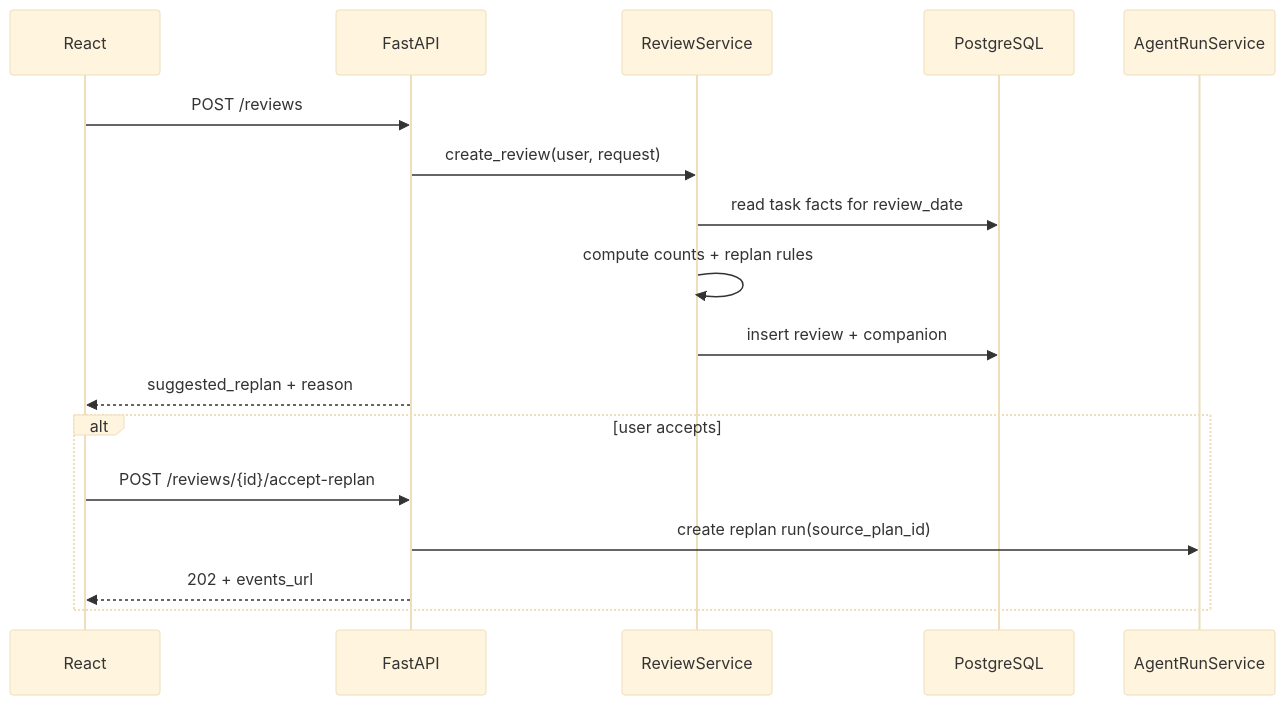
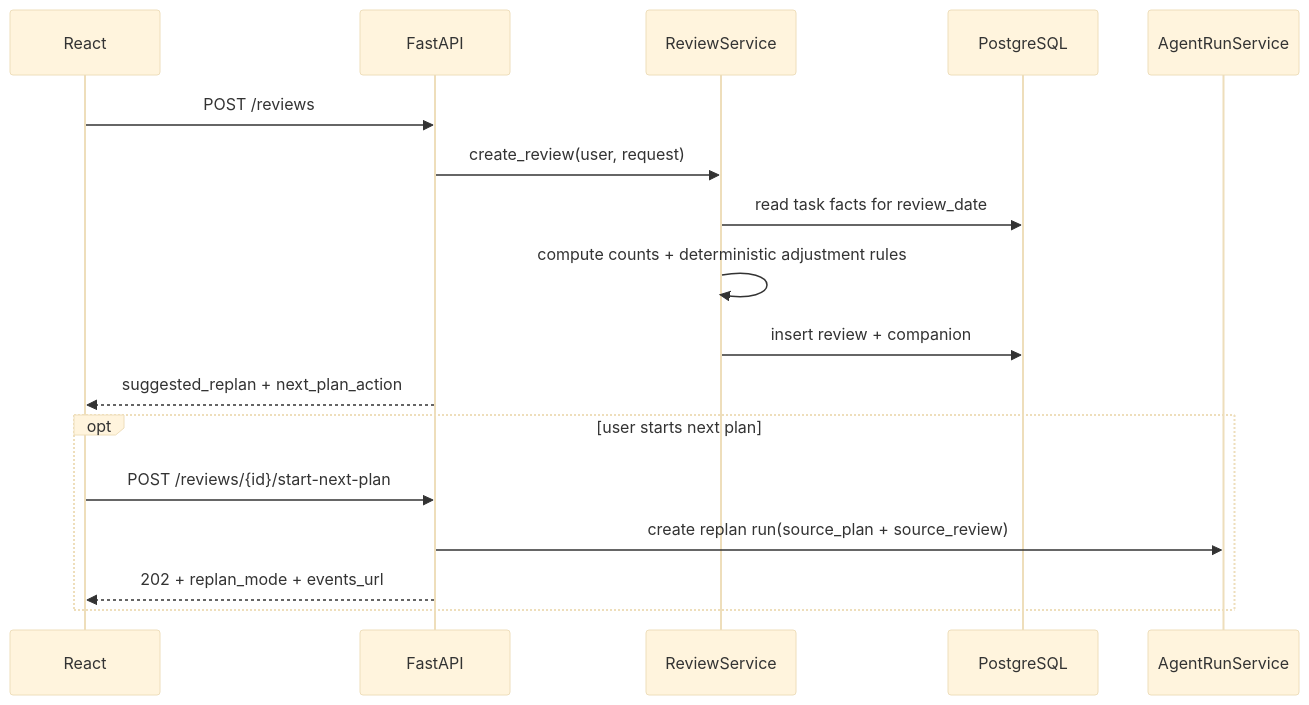
One commit to lyyjsr/career-planning-buddy changed the diagram in docs/model-design/feature-flows/04-review-replan.md. Above: the diagram before and after it, drawn with Mermaid (base theme). The commit also changed other lines of this file and 73 other files, not shown here.

````diff
--- a/docs/model-design/feature-flows/04-review-replan.md
+++ b/docs/model-design/feature-flows/04-review-replan.md
@@ -3,19 +3,19 @@
 ```mermaid
 sequenceDiagram
     participant FE as React
     participant API as FastAPI
     participant RS as ReviewService
     participant DB as PostgreSQL
     participant AR as AgentRunService
     FE->>API: POST /reviews
     API->>RS: create_review(user, request)
     RS->>DB: read task facts for review_date
-    RS->>RS: compute counts + replan rules
+    RS->>RS: compute counts + deterministic adjustment rules
     RS->>DB: insert review + companion
-    API-->>FE: suggested_replan + reason
-    alt user accepts
-      FE->>API: POST /reviews/{id}/accept-replan
-      API->>AR: create replan run(source_plan_id)
-      API-->>FE: 202 + events_url
+    API-->>FE: suggested_replan + next_plan_action
+    opt user starts next plan
+      FE->>API: POST /reviews/{id}/start-next-plan
+      API->>AR: create replan run(source_plan + source_review)
+      API-->>FE: 202 + replan_mode + events_url
     end
 ```
````
